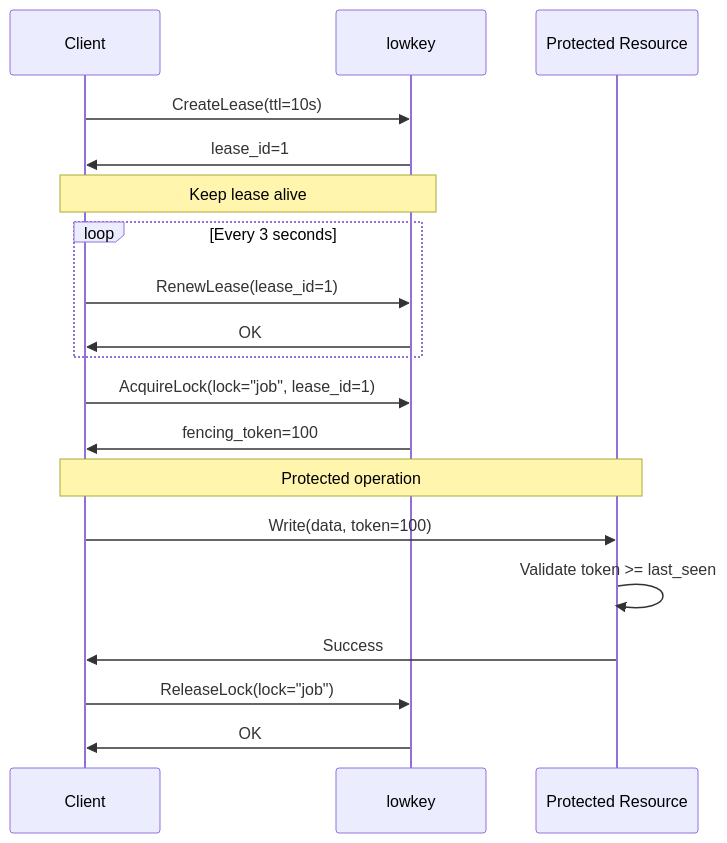
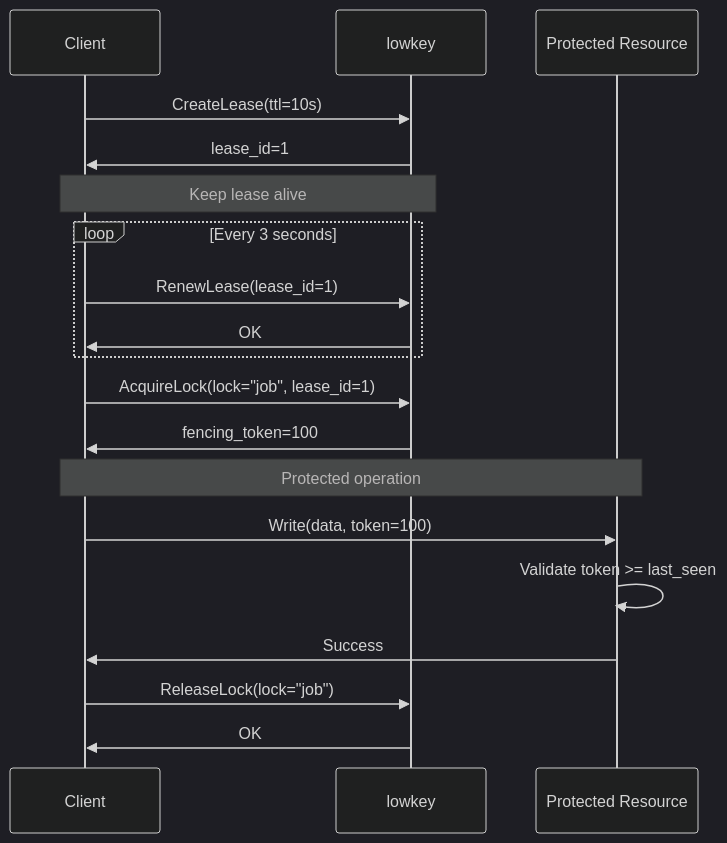
One commit to pixperk/lowkey changed the second of 4 diagrams in README.md. Above: the diagram before and after it, drawn with Mermaid. The commit also changed other lines of this file and 2 other files, not shown here.

````diff
--- a/README.md
+++ b/README.md
@@ -115,26 +99,27 @@
 ```mermaid
+%%{init: {'theme':'dark'}}%%
 sequenceDiagram
     participant C as Client
     participant L as lowkey
     participant R as Protected Resource
 
     C->>L: CreateLease(ttl=10s)
     L->>C: lease_id=1
 
     Note over C,L: Keep lease alive
     loop Every 3 seconds
         C->>L: RenewLease(lease_id=1)
         L->>C: OK
     end
 
     C->>L: AcquireLock(lock="job", lease_id=1)
     L->>C: fencing_token=100
 
     Note over C,R: Protected operation
     C->>R: Write(data, token=100)
     R->>R: Validate token >= last_seen
     R->>C: Success
 
     C->>L: ReleaseLock(lock="job")
     L->>C: OK
 ```
````
